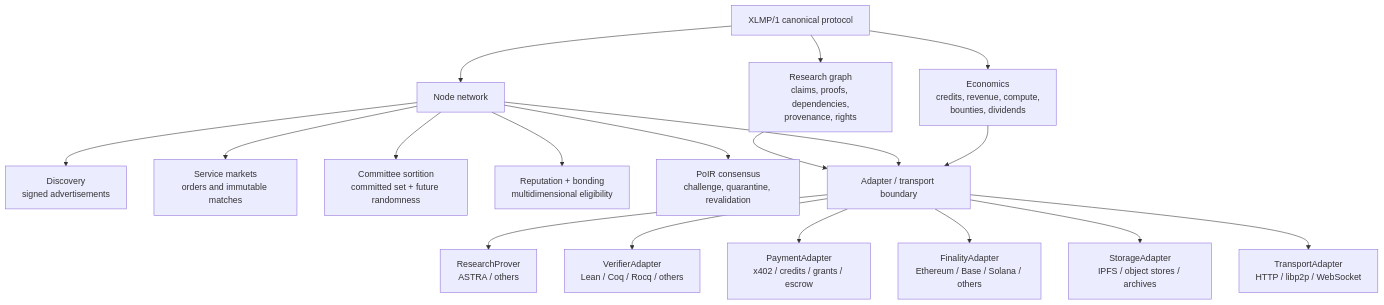
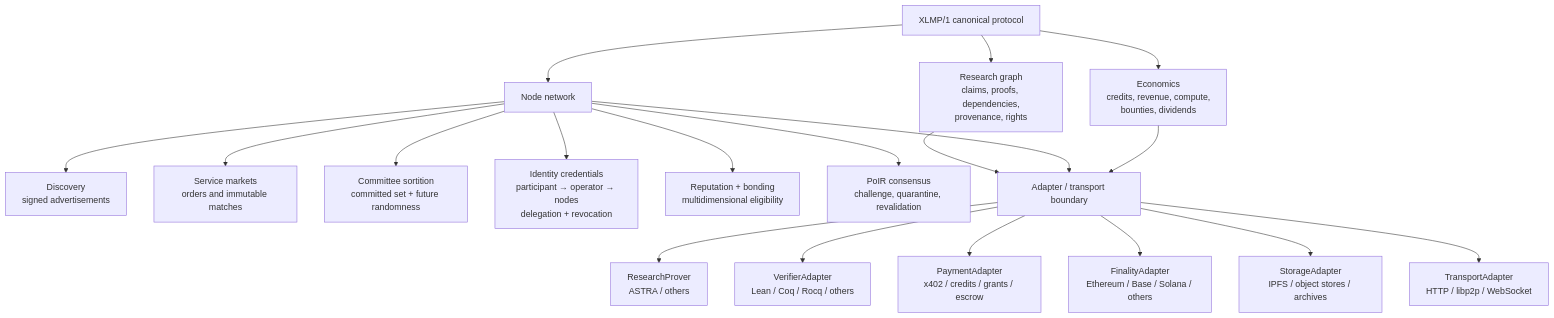
One commit to jetspace/xlemma-protocol changed the first of 10 diagrams in docs/ARCHITECTURE_DIAGRAMS.md. Above: the diagram before and after it, drawn with Mermaid. The commit also changed other lines of this file and 79 other files, not shown here.

Commit message:
feat: add constitutional operator credentials

````diff
--- a/docs/ARCHITECTURE_DIAGRAMS.md
+++ b/docs/ARCHITECTURE_DIAGRAMS.md
@@ -7,21 +7,22 @@
 ```mermaid
 flowchart TB
     X[XLMP/1 canonical protocol]
     X --> RG[Research graph<br/>claims, proofs, dependencies,<br/>provenance, rights]
     X --> N[Node network]
     X --> E[Economics<br/>credits, revenue, compute,<br/>bounties, dividends]
     N --> D[Discovery<br/>signed advertisements]
     N --> M[Service markets<br/>orders and immutable matches]
     N --> SO[Committee sortition<br/>committed set + future randomness]
+    N --> I[Identity credentials<br/>participant → operator → nodes<br/>delegation + revocation]
     N --> R[Reputation + bonding<br/>multidimensional eligibility]
     N --> C[PoIR consensus<br/>challenge, quarantine, revalidation]
     RG --> AB[Adapter / transport boundary]
     N --> AB
     E --> AB
     AB --> A[ResearchProver<br/>ASTRA / others]
     AB --> L[VerifierAdapter<br/>Lean / Coq / Rocq / others]
     AB --> P[PaymentAdapter<br/>x402 / credits / grants / escrow]
     AB --> F[FinalityAdapter<br/>Ethereum / Base / Solana / others]
     AB --> S[StorageAdapter<br/>IPFS / object stores / archives]
     AB --> T[TransportAdapter<br/>HTTP / libp2p / WebSocket]
 ```
````
